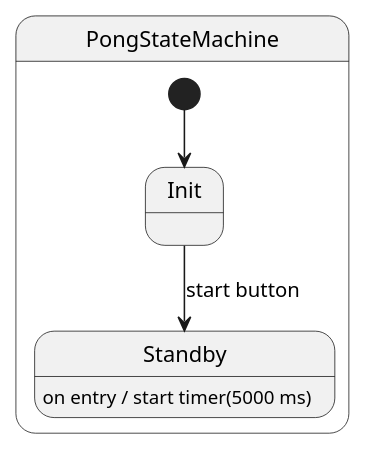
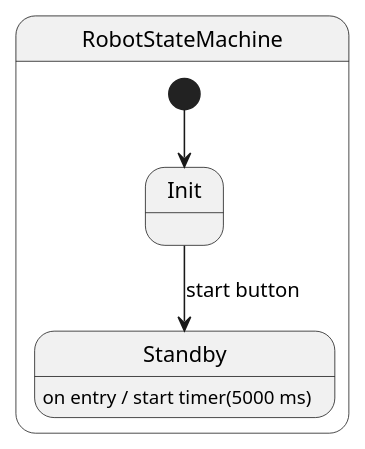
The diagram in statechart.puml (AndrewWasHere/sumobot-template), drawn with PlantUML before and after one commit.

Commit message:
State name fix.

```diff
--- a/statechart.puml
+++ b/statechart.puml
@@ -1,7 +1,7 @@
 @startuml
-state PongStateMachine {
+state RobotStateMachine {
     [*] --> Init
     Init --> Standby : start button
     Standby : on entry / start timer(5000 ms)
 }
 @enduml
```
